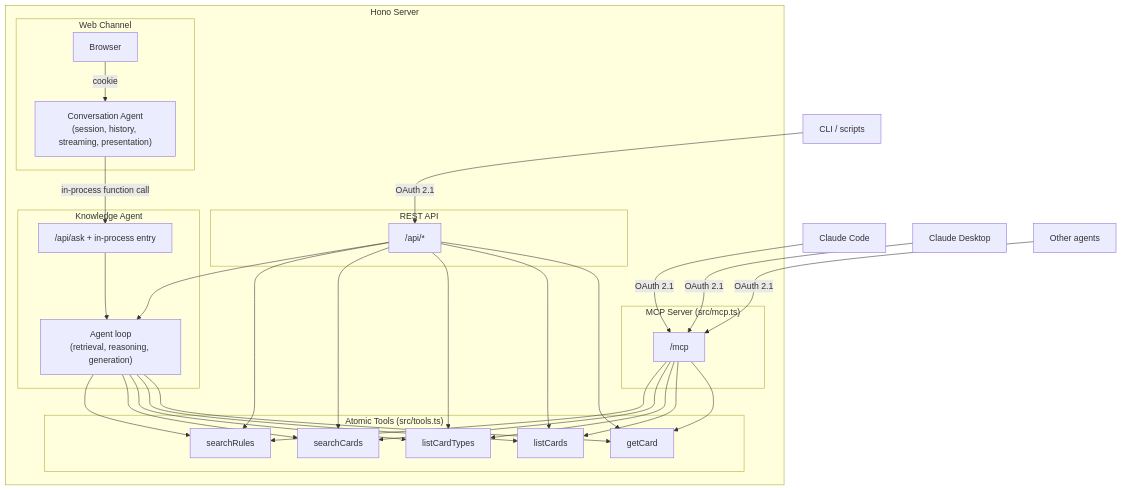
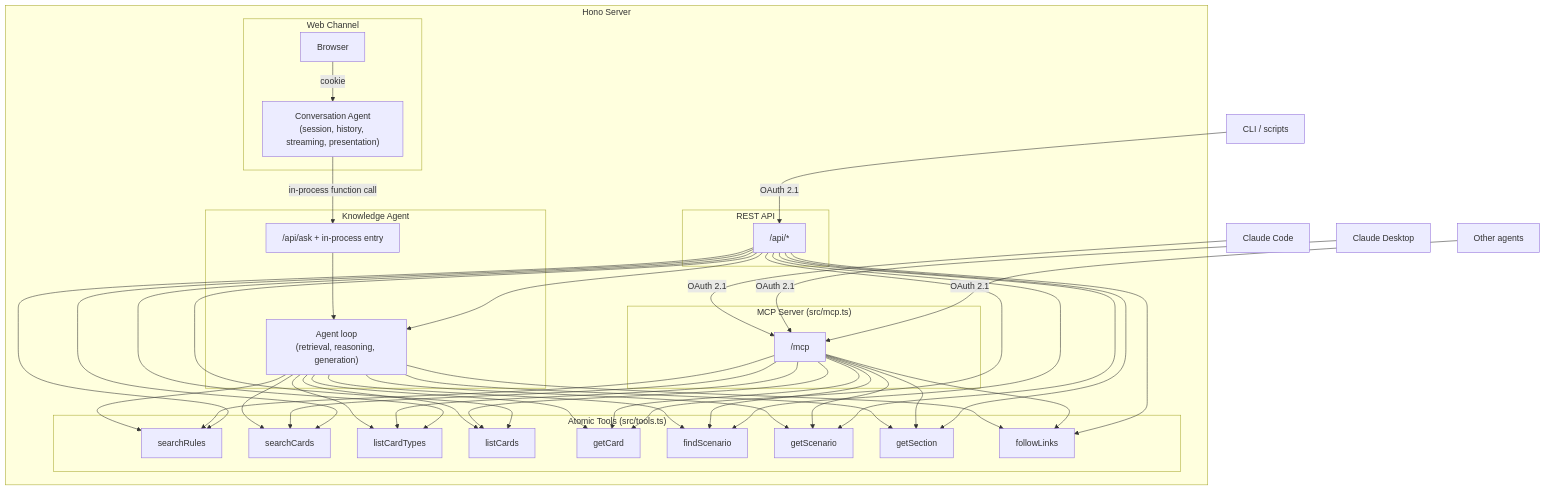
Before and after one commit to maz-org/squire: the first of 2 diagrams in docs/ARCHITECTURE.md, drawn with Mermaid. The commit also changed other lines of this file and 40 other files, not shown here.

````diff
--- a/docs/ARCHITECTURE.md
+++ b/docs/ARCHITECTURE.md
@@ -342,38 +357,42 @@
 ```mermaid
 graph TB
     subgraph hono["Hono Server"]
         subgraph webchannel["Web Channel"]
             browser["Browser"]
             conv["Conversation Agent<br/>(session, history, streaming, presentation)"]
             browser -->|cookie| conv
         end
         subgraph knowledge["Knowledge Agent"]
             ask["/api/ask + in-process entry"]
             agentloop["Agent loop<br/>(retrieval, reasoning, generation)"]
             ask --> agentloop
         end
         subgraph tools["Atomic Tools (src/tools.ts)"]
             t1["searchRules"]
             t2["searchCards"]
             t3["listCardTypes"]
             t4["listCards"]
             t5["getCard"]
+            t6["findScenario"]
+            t7["getScenario"]
+            t8["getSection"]
+            t9["followLinks"]
         end
         subgraph mcp["MCP Server (src/mcp.ts)"]
             mcpep["/mcp"]
         end
         subgraph rest["REST API"]
             restep["/api/*"]
         end
         conv -->|in-process function call| ask
-        agentloop --> t1 & t2 & t3 & t4 & t5
-        mcpep --> t1 & t2 & t3 & t4 & t5
+        agentloop --> t1 & t2 & t3 & t4 & t5 & t6 & t7 & t8 & t9
+        mcpep --> t1 & t2 & t3 & t4 & t5 & t6 & t7 & t8 & t9
         restep --> agentloop
-        restep --> t1 & t2 & t3 & t4 & t5
+        restep --> t1 & t2 & t3 & t4 & t5 & t6 & t7 & t8 & t9
     end
 
     claudecode["Claude Code"] -->|OAuth 2.1| mcpep
     claudedesktop["Claude Desktop"] -->|OAuth 2.1| mcpep
     extagent["Other agents"] -->|OAuth 2.1| mcpep
     cli["CLI / scripts"] -->|OAuth 2.1| restep
 ```
````
